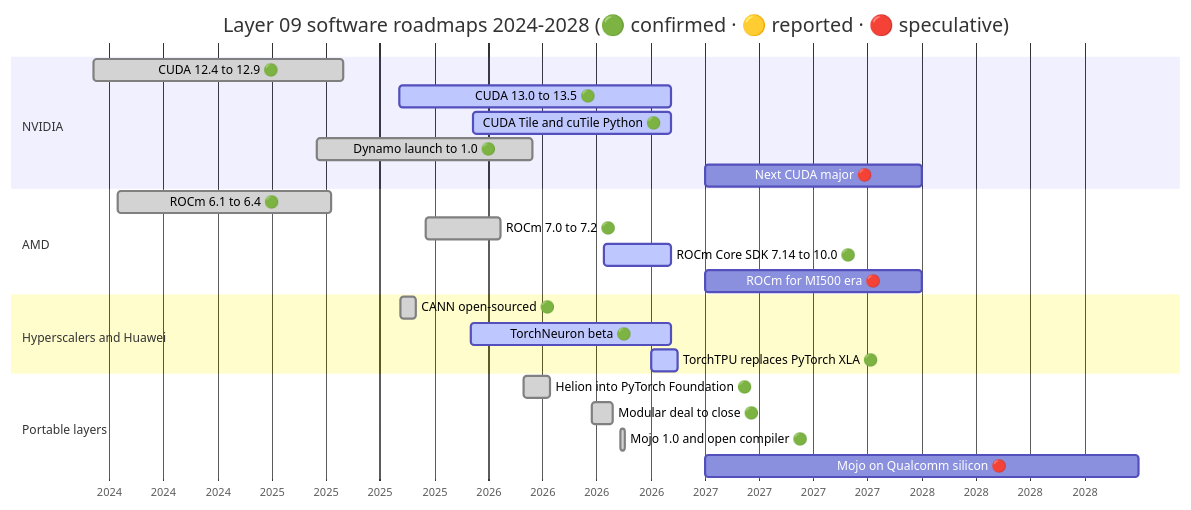
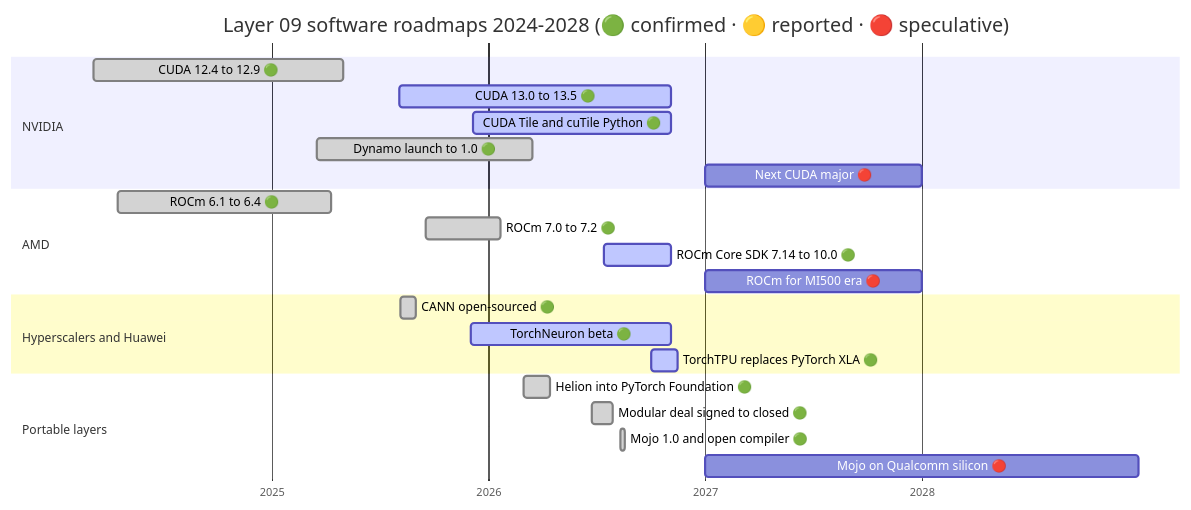
One commit to FrankHuang94/nvidia_deep_dive_claude changed the diagram in layers/09-cuda-and-system-software/roadmap.md. Above: the diagram before and after it, drawn with Mermaid. The commit also changed other lines of this file and 100 other files, not shown here.

````diff
--- a/layers/09-cuda-and-system-software/roadmap.md
+++ b/layers/09-cuda-and-system-software/roadmap.md
@@ -17,26 +17,27 @@
 ```mermaid
 gantt
     title Layer 09 software roadmaps 2024-2028 (🟢 confirmed · 🟡 reported · 🔴 speculative)
     dateFormat YYYY-MM-DD
     axisFormat %Y
+    tickInterval 12month
     section NVIDIA
     CUDA 12.4 to 12.9 🟢           :done, 2024-03-06, 2025-05-01
     CUDA 13.0 to 13.5 🟢           :active, 2025-08-04, 2026-11-04
     CUDA Tile and cuTile Python 🟢 :active, 2025-12-05, 2026-11-05
     Dynamo launch to 1.0 🟢        :done, 2025-03-18, 2026-03-16
     Next CUDA major 🔴             :2027-01-01, 2027-12-31
     section AMD
     ROCm 6.1 to 6.4 🟢             :done, 2024-04-16, 2025-04-11
     ROCm 7.0 to 7.2 🟢             :done, 2025-09-16, 2026-01-21
     ROCm Core SDK 7.14 to 10.0 🟢  :active, 2026-07-15, 2026-11-05
     ROCm for MI500 era 🔴          :2027-01-01, 2027-12-31
     section Hyperscalers and Huawei
     CANN open-sourced 🟢           :done, 2025-08-05, 2025-09-01
     TorchNeuron beta 🟢            :active, 2025-12-02, 2026-11-05
     TorchTPU replaces PyTorch XLA 🟢 :active, 2026-10-01, 2026-11-15
     section Portable layers
     Helion into PyTorch Foundation 🟢 :done, 2026-03-01, 2026-04-15
-    Modular deal to close 🟢       :done, 2026-06-24, 2026-07-29
+    Modular deal signed to closed 🟢 :done, 2026-06-24, 2026-07-29
     Mojo 1.0 and open compiler 🟢  :done, 2026-08-11, 2026-08-18
     Mojo on Qualcomm silicon 🔴    :2027-01-01, 2028-12-31
 ```
````
